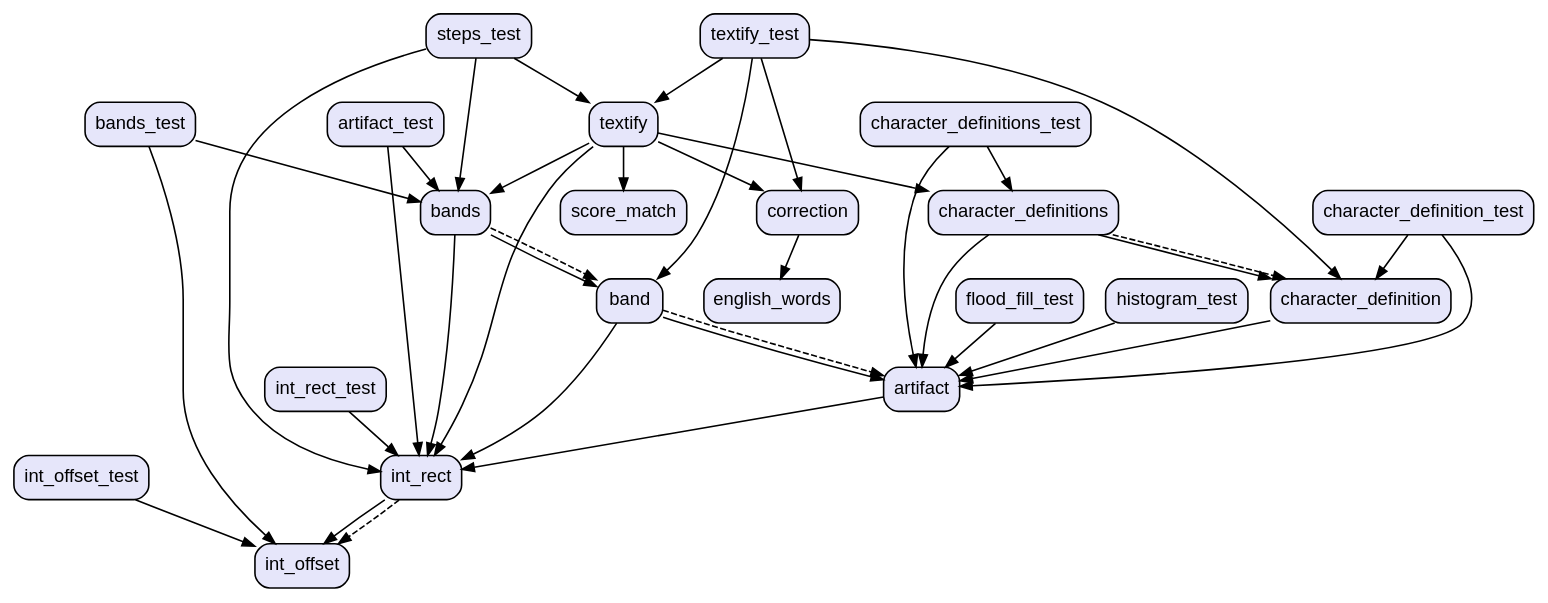
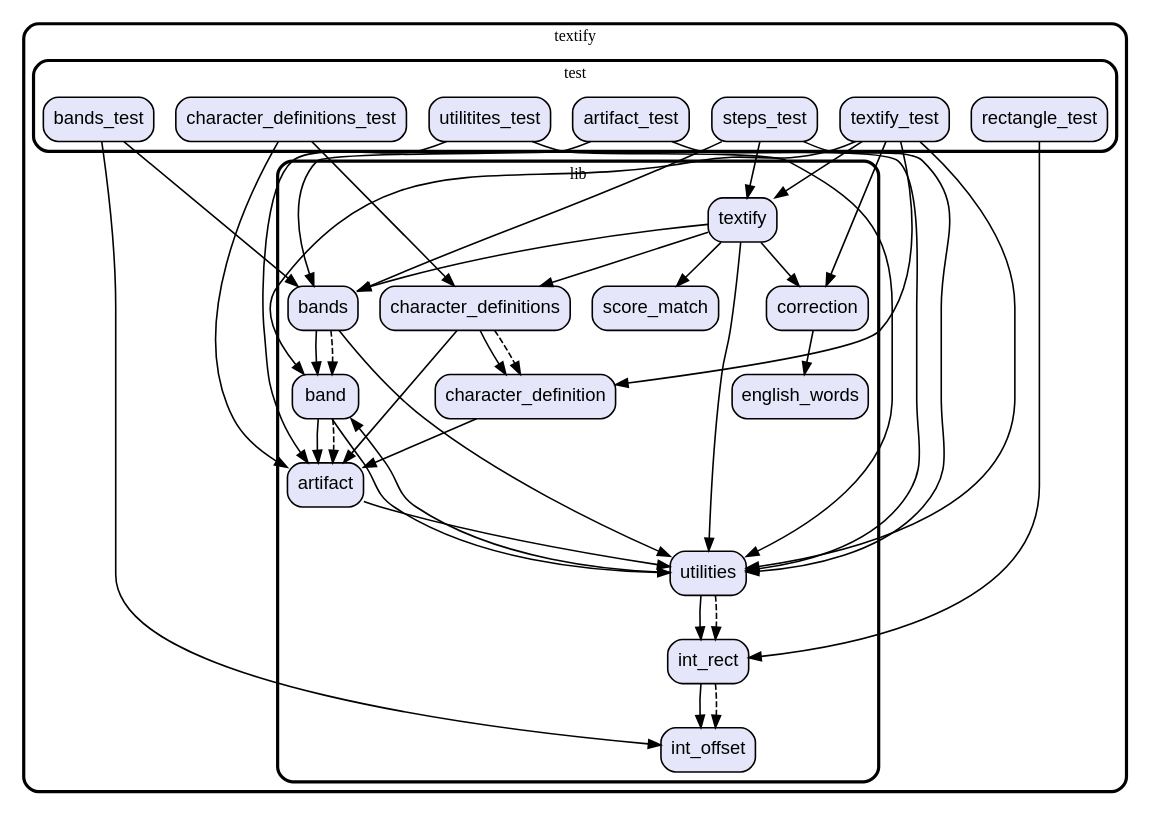
Before and after one commit to vteam-com/TEXTify: the diagram in graph.dot, drawn with Graphviz. The commit also changed 21 other files, not shown here.

```diff
--- a/graph.dot
+++ b/graph.dot
@@ -1,64 +1,91 @@
 digraph "" {
   graph [style=rounded fontname="Arial Black" fontsize=13 penwidth=2.6];
   node [shape=rect style="filled,rounded" fontname=Arial fontsize=15 fillcolor=Lavender penwidth=1.3];
   edge [penwidth=1.3];
-  "/test/int_offset_test.dart" [label="int_offset_test"];
-  "/test/int_rect_test.dart" [label="int_rect_test"];
   "/test/textify_test.dart" [label="textify_test"];
   "/test/bands_test.dart" [label="bands_test"];
-  "/test/character_definition_test.dart" [label="character_definition_test"];
-  "/test/flood_fill_test.dart" [label="flood_fill_test"];
+  "/test/rectangle_test.dart" [label="rectangle_test"];
   "/test/artifact_test.dart" [label="artifact_test"];
-  "/test/histogram_test.dart" [label="histogram_test"];
+  "/test/utilitites_test.dart" [label="utilitites_test"];
   "/test/character_definitions_test.dart" [label="character_definitions_test"];
   "/test/steps_test.dart" [label="steps_test"];
   "/lib/band.dart" [label="band"];
   "/lib/artifact.dart" [label="artifact"];
   "/lib/score_match.dart" [label="score_match"];
   "/lib/character_definition.dart" [label="character_definition"];
   "/lib/int_rect.dart" [label="int_rect"];
   "/lib/textify.dart" [label="textify"];
+  "/lib/utilities.dart" [label="utilities"];
   "/lib/character_definitions.dart" [label="character_definitions"];
   "/lib/correction.dart" [label="correction"];
   "/lib/english_words.dart" [label="english_words"];
   "/lib/int_offset.dart" [label="int_offset"];
   "/lib/bands.dart" [label="bands"];
-  "/test/int_offset_test.dart" -> "/lib/int_offset.dart";
-  "/test/int_rect_test.dart" -> "/lib/int_rect.dart";
+  subgraph "cluster~" {
+    label="textify";
+    subgraph "cluster~/test" {
+      label="test";
+      "/test/textify_test.dart";
+      "/test/bands_test.dart";
+      "/test/rectangle_test.dart";
+      "/test/artifact_test.dart";
+      "/test/utilitites_test.dart";
+      "/test/character_definitions_test.dart";
+      "/test/steps_test.dart";
+    }
+    subgraph "cluster~/lib" {
+      label="lib";
+      "/lib/band.dart";
+      "/lib/artifact.dart";
+      "/lib/score_match.dart";
+      "/lib/character_definition.dart";
+      "/lib/int_rect.dart";
+      "/lib/textify.dart";
+      "/lib/utilities.dart";
+      "/lib/character_definitions.dart";
+      "/lib/correction.dart";
+      "/lib/english_words.dart";
+      "/lib/int_offset.dart";
+      "/lib/bands.dart";
+    }
+  }
   "/test/textify_test.dart" -> "/lib/band.dart";
   "/test/textify_test.dart" -> "/lib/character_definition.dart";
   "/test/textify_test.dart" -> "/lib/correction.dart";
   "/test/textify_test.dart" -> "/lib/textify.dart";
+  "/test/textify_test.dart" -> "/lib/utilities.dart";
   "/test/bands_test.dart" -> "/lib/bands.dart";
   "/test/bands_test.dart" -> "/lib/int_offset.dart";
-  "/test/character_definition_test.dart" -> "/lib/artifact.dart";
-  "/test/character_definition_test.dart" -> "/lib/character_definition.dart";
-  "/test/flood_fill_test.dart" -> "/lib/artifact.dart";
+  "/test/rectangle_test.dart" -> "/lib/int_rect.dart";
   "/test/artifact_test.dart" -> "/lib/bands.dart";
-  "/test/artifact_test.dart" -> "/lib/int_rect.dart";
-  "/test/histogram_test.dart" -> "/lib/artifact.dart";
+  "/test/artifact_test.dart" -> "/lib/utilities.dart";
+  "/test/utilitites_test.dart" -> "/lib/artifact.dart";
+  "/test/utilitites_test.dart" -> "/lib/utilities.dart";
   "/test/character_definitions_test.dart" -> "/lib/artifact.dart";
   "/test/character_definitions_test.dart" -> "/lib/character_definitions.dart";
   "/test/steps_test.dart" -> "/lib/bands.dart";
-  "/test/steps_test.dart" -> "/lib/int_rect.dart";
   "/test/steps_test.dart" -> "/lib/textify.dart";
+  "/test/steps_test.dart" -> "/lib/utilities.dart";
   "/lib/band.dart" -> "/lib/artifact.dart";
-  "/lib/band.dart" -> "/lib/int_rect.dart";
+  "/lib/band.dart" -> "/lib/utilities.dart";
   "/lib/band.dart" -> "/lib/artifact.dart" [style=dashed];
-  "/lib/artifact.dart" -> "/lib/int_rect.dart";
+  "/lib/artifact.dart" -> "/lib/utilities.dart";
   "/lib/character_definition.dart" -> "/lib/artifact.dart";
   "/lib/int_rect.dart" -> "/lib/int_offset.dart";
   "/lib/int_rect.dart" -> "/lib/int_offset.dart" [style=dashed];
   "/lib/textify.dart" -> "/lib/bands.dart";
   "/lib/textify.dart" -> "/lib/character_definitions.dart";
   "/lib/textify.dart" -> "/lib/correction.dart";
-  "/lib/textify.dart" -> "/lib/int_rect.dart";
   "/lib/textify.dart" -> "/lib/score_match.dart";
+  "/lib/textify.dart" -> "/lib/utilities.dart";
+  "/lib/utilities.dart" -> "/lib/band.dart";
+  "/lib/utilities.dart" -> "/lib/int_rect.dart";
+  "/lib/utilities.dart" -> "/lib/int_rect.dart" [style=dashed];
   "/lib/character_definitions.dart" -> "/lib/artifact.dart";
   "/lib/character_definitions.dart" -> "/lib/character_definition.dart";
   "/lib/character_definitions.dart" -> "/lib/character_definition.dart" [style=dashed];
   "/lib/correction.dart" -> "/lib/english_words.dart";
   "/lib/bands.dart" -> "/lib/band.dart";
-  "/lib/bands.dart" -> "/lib/int_rect.dart";
+  "/lib/bands.dart" -> "/lib/utilities.dart";
   "/lib/bands.dart" -> "/lib/band.dart" [style=dashed];
 }
```
